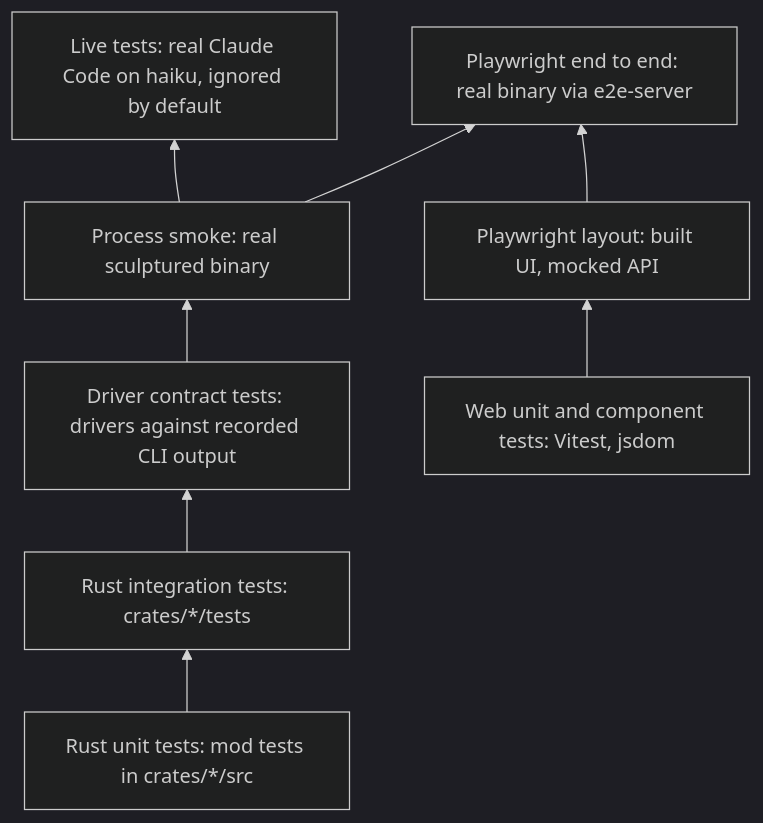
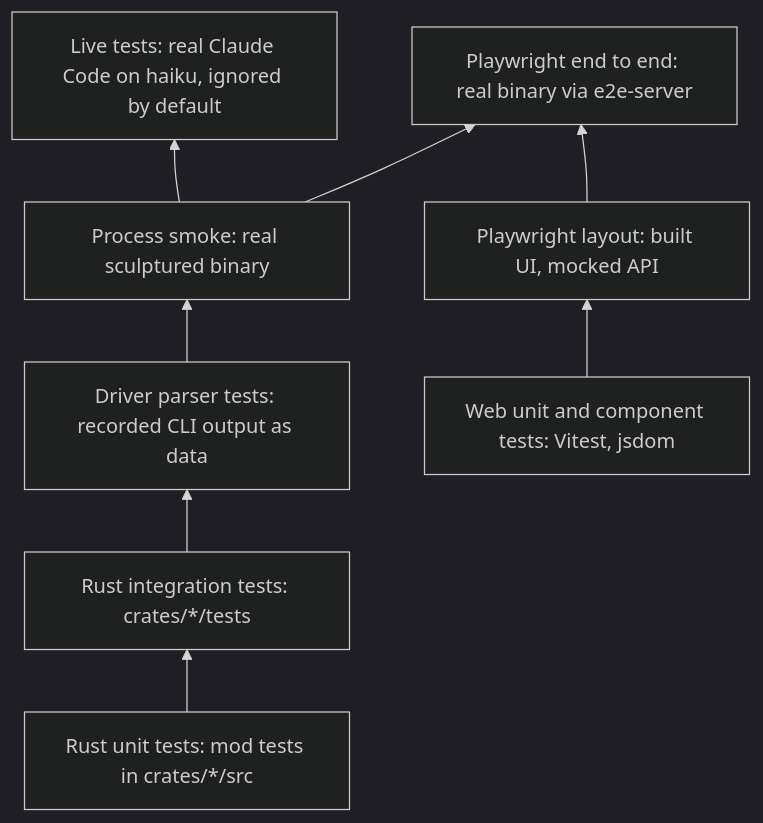
Before and after one commit to Sculptured/Sculptured: the diagram in docs/internals/testing.md, drawn with Mermaid (dark theme). The commit also changed other lines of this file and 43 other files, not shown here.

````diff
--- a/docs/internals/testing.md
+++ b/docs/internals/testing.md
@@ -15,10 +15,10 @@
 ```mermaid
 flowchart BT
   U["Rust unit tests: mod tests in crates/*/src"] --> I["Rust integration tests: crates/*/tests"]
-  I --> K["Driver contract tests: drivers against recorded CLI output"]
+  I --> K["Driver parser tests: recorded CLI output as data"]
   K --> P["Process smoke: real sculptured binary"]
   P --> V["Live tests: real Claude Code on haiku, ignored by default"]
   W["Web unit and component tests: Vitest, jsdom"] --> L["Playwright layout: built UI, mocked API"]
   P --> E["Playwright end to end: real binary via e2e-server"]
   L --> E
 ```
````
